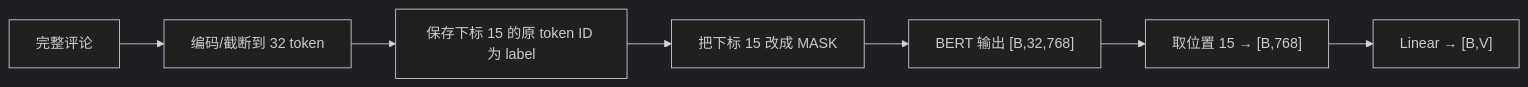
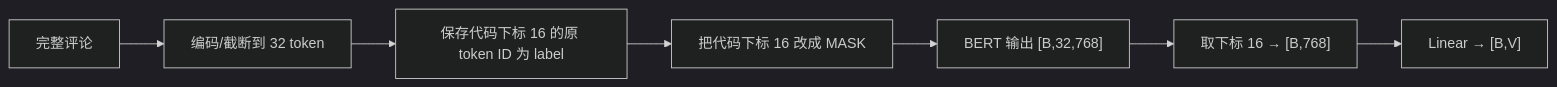
The second of 3 diagrams in notes/transfer-learning/23-mlm-model.md (luyunix/nlp_study), drawn with Mermaid (dark theme) before and after one commit. The commit also changed other lines of this file and 66 other files, not shown here.

````diff
--- a/notes/transfer-learning/23-mlm-model.md
+++ b/notes/transfer-learning/23-mlm-model.md
@@ -32,9 +32,9 @@
 ```mermaid
 flowchart LR
     A["完整评论"] --> B["编码/截断到 32 token"]
-    B --> C["保存下标 15 的原 token ID 为 label"]
-    C --> D["把下标 15 改成 MASK"]
+    B --> C["保存代码下标 16 的原 token ID 为 label"]
+    C --> D["把代码下标 16 改成 MASK"]
     D --> E["BERT 输出 [B,32,768]"]
-    E --> F["取位置 15 → [B,768]"]
+    E --> F["取下标 16 → [B,768]"]
     F --> G["Linear → [B,V]"]
 ```
````
